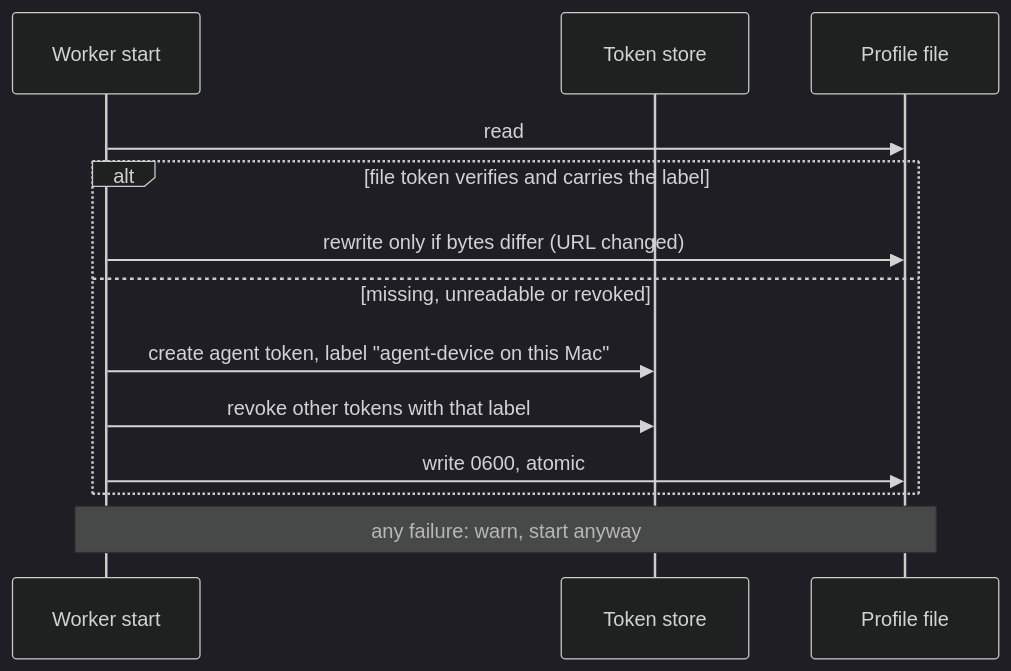
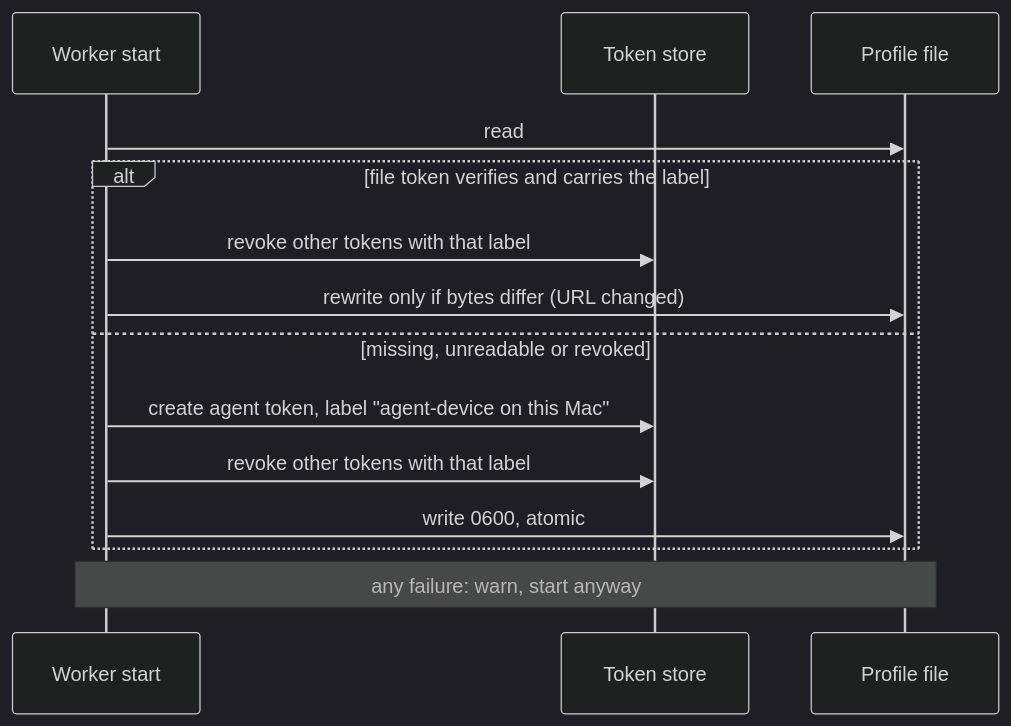
One commit to callstackincubator/simlock changed the second of 2 diagrams in docs/internal/adr/0046-a-standalone-worker-serves-agent-device-by-default-with-a-private-profile.md. Above: the diagram before and after it, drawn with Mermaid (dark theme). The commit also changed other lines of this file, not shown here.

````diff
--- a/docs/internal/adr/0046-a-standalone-worker-serves-agent-device-by-default-with-a-private-profile.md
+++ b/docs/internal/adr/0046-a-standalone-worker-serves-agent-device-by-default-with-a-private-profile.md
@@ -123,15 +133,16 @@
 ```mermaid
 sequenceDiagram
   participant D as Worker start
   participant T as Token store
   participant F as Profile file
   D->>F: read
   alt file token verifies and carries the label
+    D->>T: revoke other tokens with that label
     D->>F: rewrite only if bytes differ (URL changed)
   else missing, unreadable or revoked
     D->>T: create agent token, label "agent-device on this Mac"
     D->>T: revoke other tokens with that label
     D->>F: write 0600, atomic
   end
   Note over D,F: any failure: warn, start anyway
 ```
````
